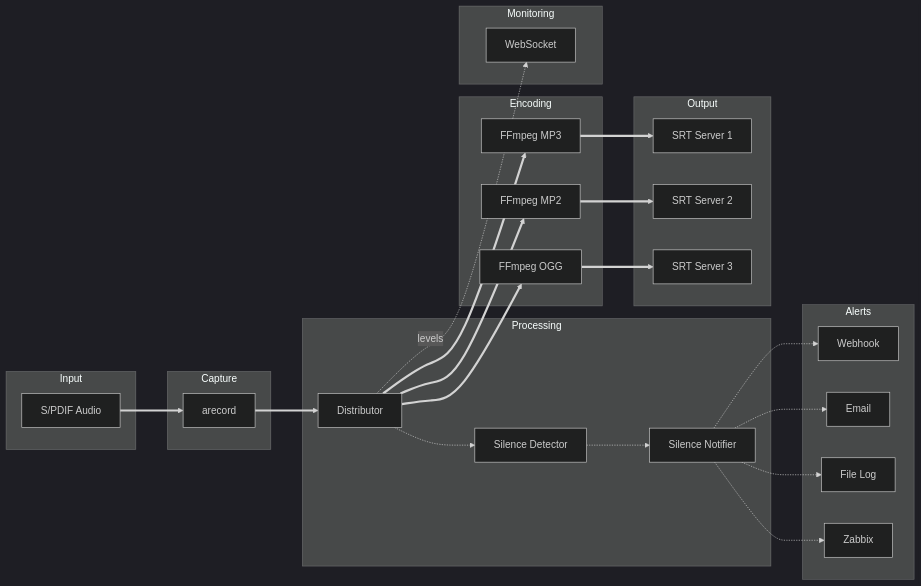
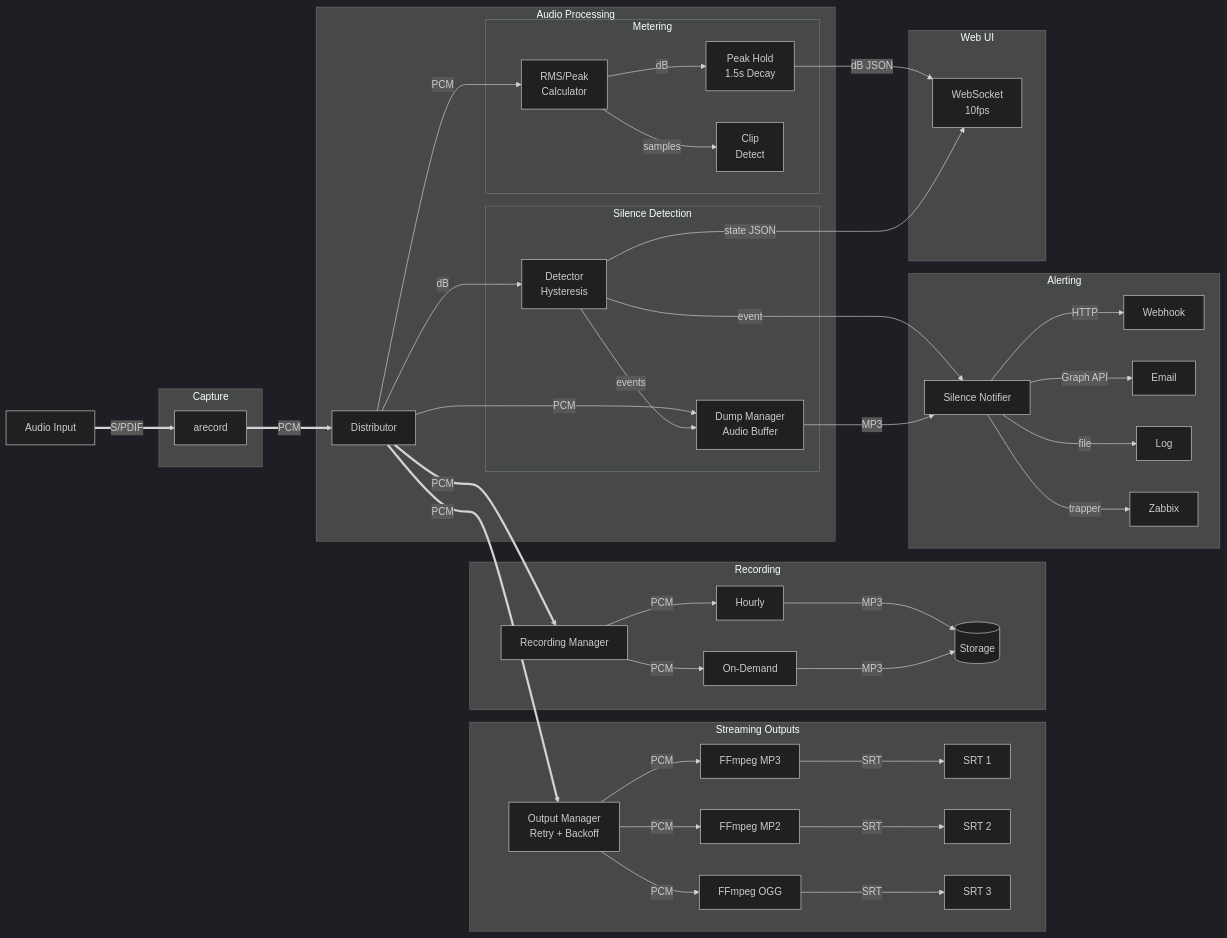
One commit to oszuidwest/zwfm-encoder changed the diagram in README.md. Above: the diagram before and after it, drawn with Mermaid (dark theme). The commit also changed other lines of this file, not shown here.

Commit message:
docs: improve architecture diagram with data flow labels

````diff
--- a/README.md
+++ b/README.md
@@ -123,50 +123,85 @@
 ```mermaid
 flowchart LR
-    subgraph Input
-        A[S/PDIF Audio]
-    end
+    A[Audio Input]
 
-    subgraph Capture
+    subgraph Capture["Capture"]
         B[arecord]
     end
 
-    subgraph Processing
-        C[Distributor]
-        SD[Silence Detector]
-        SN[Silence Notifier]
+    subgraph Processing["Audio Processing"]
+        D[Distributor]
+
+        subgraph Metering["Metering"]
+            M[RMS/Peak<br>Calculator]
+            PH[Peak Hold<br>1.5s Decay]
+            CD[Clip<br>Detect]
+        end
+
+        subgraph Silence["Silence Detection"]
+            SD[Detector<br>Hysteresis]
+            SDM[Dump Manager<br>Audio Buffer]
+        end
     end
 
-    subgraph Encoding
-        D1[FFmpeg MP3]
-        D2[FFmpeg MP2]
-        D3[FFmpeg OGG]
+    subgraph Outputs["Streaming Outputs"]
+        OM[Output Manager<br>Retry + Backoff]
+        F1[FFmpeg MP3]
+        F2[FFmpeg MP2]
+        F3[FFmpeg OGG]
+        S1[SRT 1]
+        S2[SRT 2]
+        S3[SRT 3]
     end
 
-    subgraph Output
-        E1[SRT Server 1]
-        E2[SRT Server 2]
-        E3[SRT Server 3]
+    subgraph Recording["Recording"]
+        RM[Recording Manager]
+        R1[Hourly]
+        R2[On-Demand]
+        ST[(Storage)]
     end
 
-    subgraph Monitoring
-        F[WebSocket]
+    subgraph Alerts["Alerting"]
+        SN[Silence Notifier]
+        N1[Webhook]
+        N2[Email]
+        N3[Log]
+        N4[Zabbix]
     end
 
-    subgraph Alerts
-        G1[Webhook]
-        G2[Email]
-        G3[File Log]
-        G4[Zabbix]
+    subgraph UI["Web UI"]
+        WS[WebSocket<br>10fps]
     end
 
-    A ==> B ==> C
-    C ==> D1 ==> E1
-    C ==> D2 ==> E2
-    C ==> D3 ==> E3
-    C -.-> SD -.-> SN
-    SN -.-> G1
-    SN -.-> G2
-    SN -.-> G3
-    SN -.-> G4
-    C -.->|levels| F
+    %% Main audio flow
+    A ==>|S/PDIF| B ==>|PCM| D
+
+    %% Metering branch
+    D -->|PCM| M -->|dB| PH
+    M -->|samples| CD
+    PH -->|dB JSON| WS
+
+    %% Silence detection branch
+    D -->|dB| SD
+    D -->|PCM| SDM
+    SD -->|events| SDM
+    SD -->|state JSON| WS
+
+    %% Alerting
+    SD -->|event| SN
+    SDM -->|MP3| SN
+    SN -->|HTTP| N1
+    SN -->|Graph API| N2
+    SN -->|file| N3
+    SN -->|trapper| N4
+
+    %% Streaming
+    D ==>|PCM| OM
+    OM -->|PCM| F1 -->|SRT| S1
+    OM -->|PCM| F2 -->|SRT| S2
+    OM -->|PCM| F3 -->|SRT| S3
+
+    %% Recording
+    D ==>|PCM| RM
+    RM -->|PCM| R1 -->|MP3| ST
+    RM -->|PCM| R2 -->|MP3| ST
 ```
````
